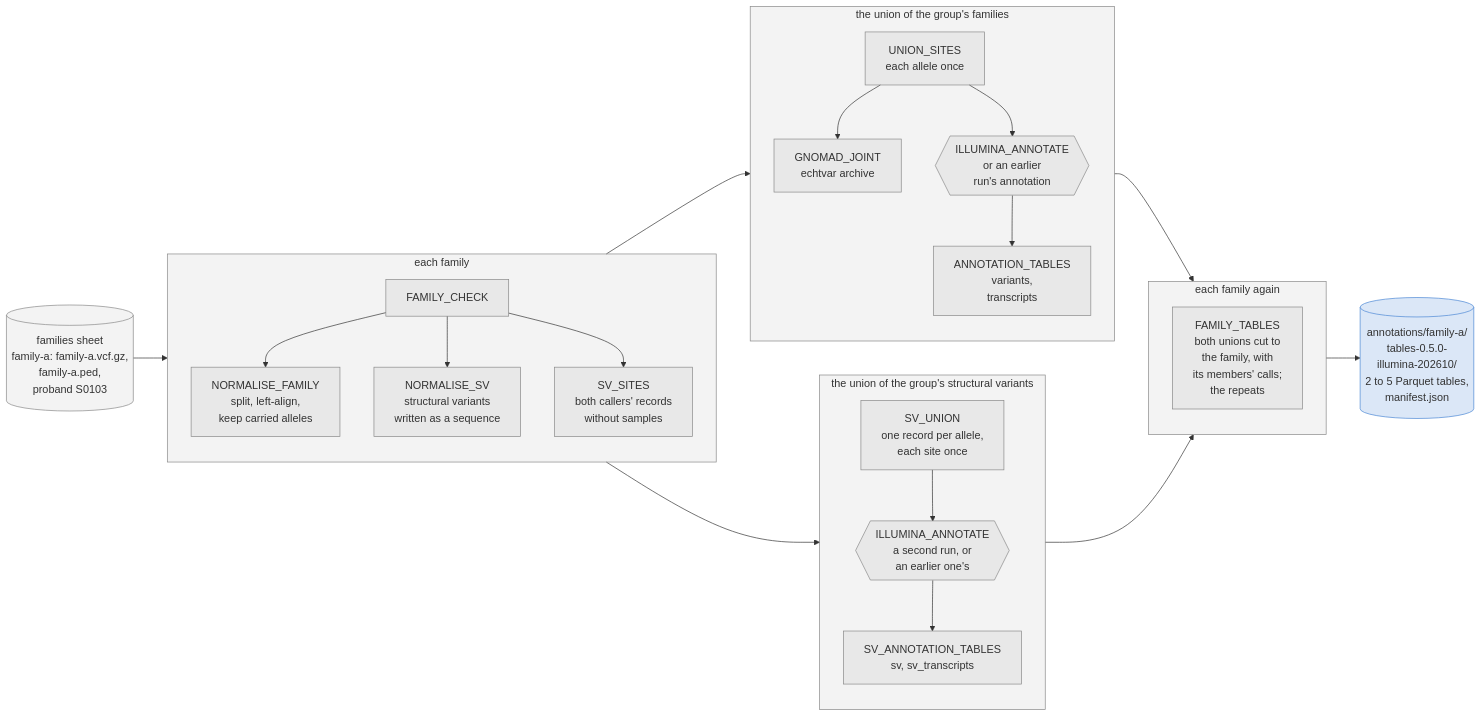
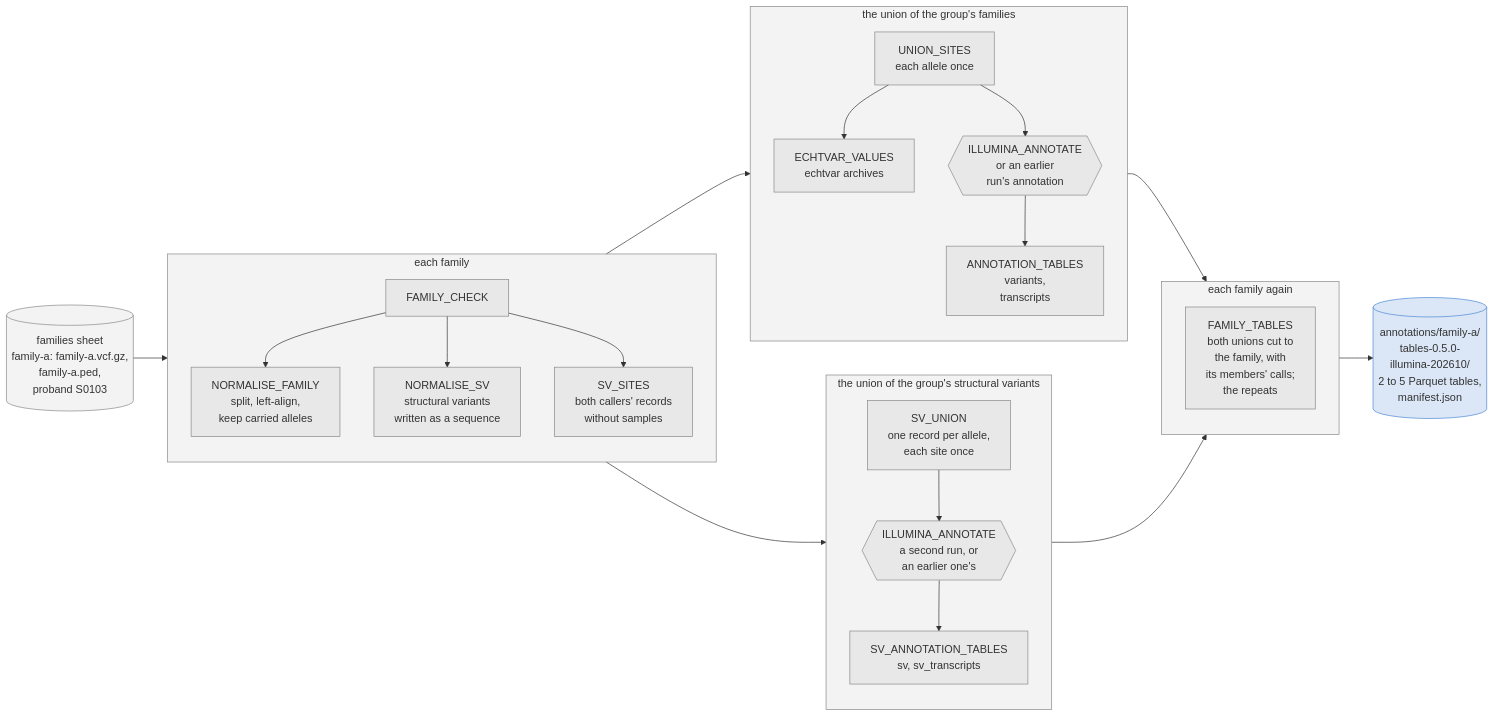
The third of 3 diagrams in docs/annotation.md (populationgenomics/case-annotation-pipeline), drawn with Mermaid before and after one commit. The commit also changed other lines of this file and 22 other files, not shown here.

First line of the commit message:
Read AlphaGenome's scores into variants from optional echtvar archives (#30)

````diff
--- a/docs/annotation.md
+++ b/docs/annotation.md
@@ -400,50 +402,50 @@
 ```mermaid
 flowchart LR
     IN[("families sheet<br/>family-a: family-a.vcf.gz,<br/>family-a.ped,<br/>proband S0103")]
 
     subgraph EACH["each family"]
         direction TB
         CHECK["FAMILY_CHECK"]
         NORMALISE["NORMALISE_FAMILY<br/>split, left-align,<br/>keep carried alleles"]
         SV["NORMALISE_SV<br/>structural variants<br/>written as a sequence"]
         SVSITES["SV_SITES<br/>both callers' records<br/>without samples"]
         CHECK --> NORMALISE
         CHECK --> SV
         CHECK --> SVSITES
     end
 
     subgraph UNION["the union of the group's families"]
         direction TB
         SITES["UNION_SITES<br/>each allele once"]
-        GNOMAD["GNOMAD_JOINT<br/>echtvar archive"]
+        VALUES["ECHTVAR_VALUES<br/>echtvar archives"]
         ANNOTATE{{"ILLUMINA_ANNOTATE<br/>or an earlier<br/>run's annotation"}}
         TABLES["ANNOTATION_TABLES<br/>variants,<br/>transcripts"]
-        SITES --> GNOMAD
+        SITES --> VALUES
         SITES --> ANNOTATE --> TABLES
     end
 
     subgraph SVUNION["the union of the group's structural variants"]
         direction TB
         SVU["SV_UNION<br/>one record per allele,<br/>each site once"]
         SVANNOTATE{{"ILLUMINA_ANNOTATE<br/>a second run, or<br/>an earlier one's"}}
         SVTABLES["SV_ANNOTATION_TABLES<br/>sv, sv_transcripts"]
         SVU --> SVANNOTATE --> SVTABLES
     end
 
     subgraph CUT["each family again"]
         direction TB
         FAMILY["FAMILY_TABLES<br/>both unions cut to<br/>the family, with<br/>its members' calls;<br/>the repeats"]
     end
 
     OUT[("annotations/family-a/<br/>tables-0.5.0-<br/>illumina-202610/<br/>2 to 5 Parquet tables,<br/>manifest.json")]
 
     IN --> EACH --> UNION --> CUT --> OUT
     EACH --> SVUNION --> CUT
 
     classDef default fill:#8888881a,stroke:#888888
     style EACH fill:#8888881a,stroke:#888888
     style UNION fill:#8888881a,stroke:#888888
     style SVUNION fill:#8888881a,stroke:#888888
     style CUT fill:#8888881a,stroke:#888888
     style OUT fill:#4a86d433,stroke:#4a86d4
 ```
````
